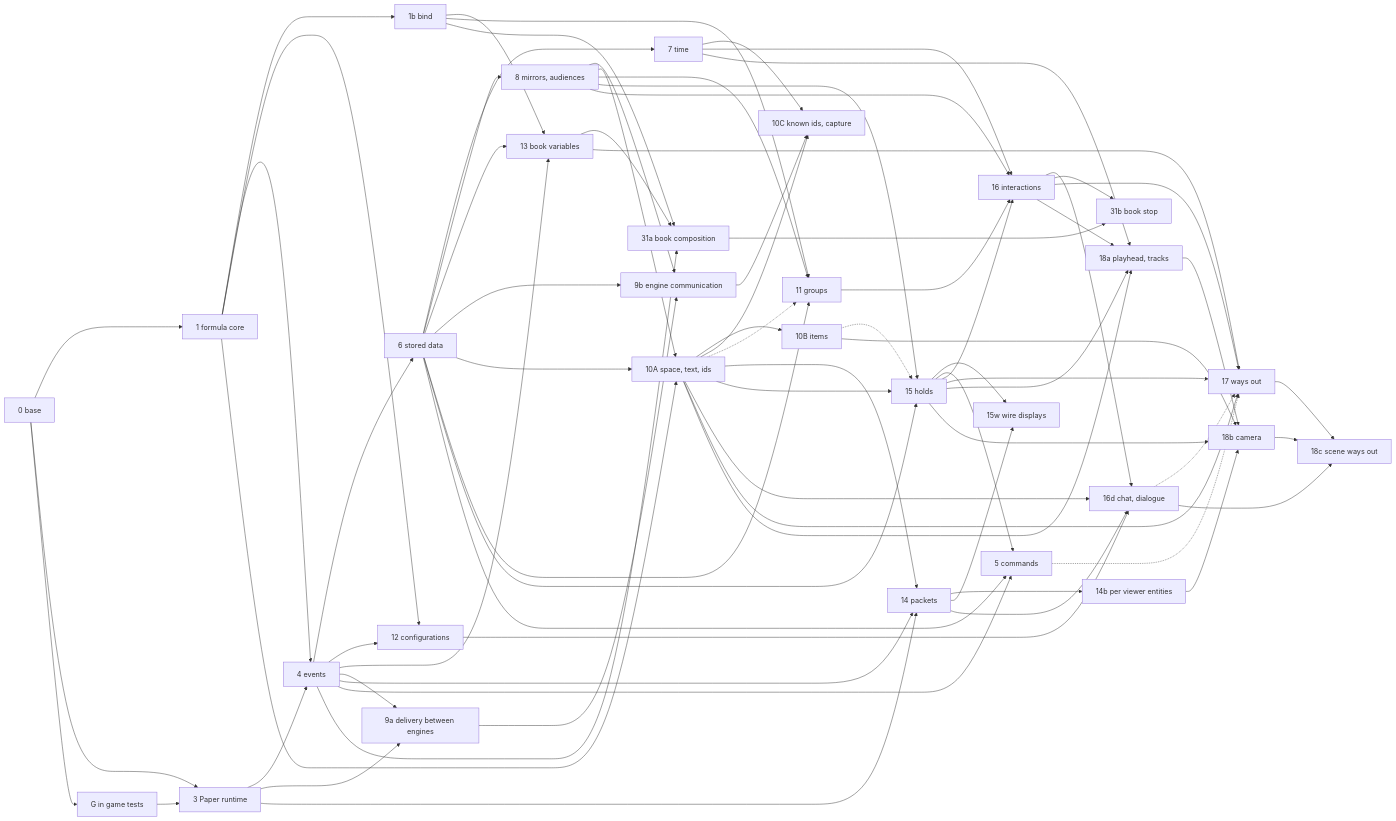
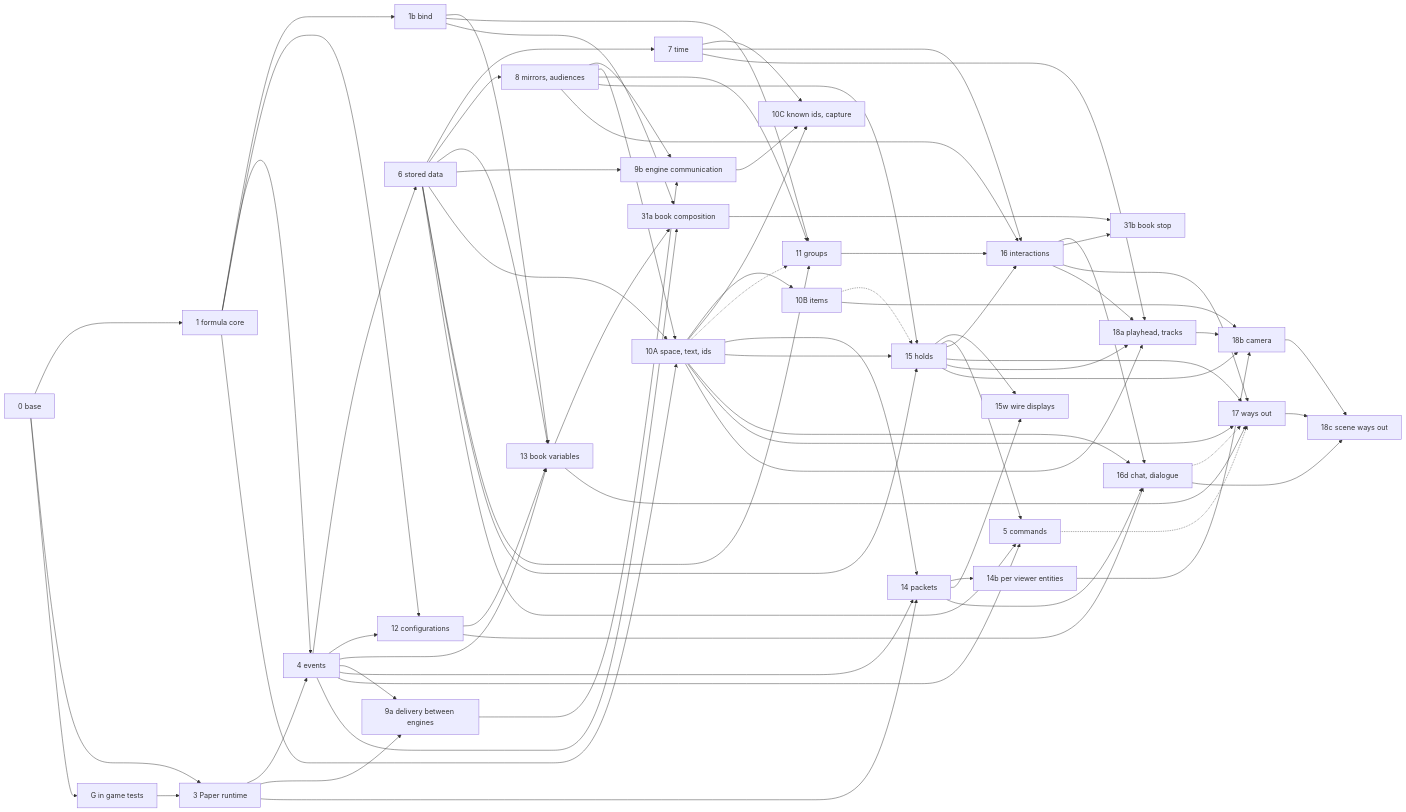
Before and after one commit to gabber235/Typewriter: the diagram in docs/design/build-graph.md, drawn with Mermaid. The commit also changed other lines of this file and 1 other file, not shown here.

````diff
--- a/docs/design/build-graph.md
+++ b/docs/design/build-graph.md
@@ -17,77 +17,78 @@
 ```mermaid
 graph LR
   L0[0 base] --> L1[1 formula core]
   L0 --> L3[3 Paper runtime]
   L0 --> G[G in game tests]
   G --> L3
   L1 --> L1b[1b bind]
   L1 --> L4[4 events]
   L3 --> L4
   L4 --> L6[6 stored data]
   L1 --> L12[12 configurations]
   L4 --> L12
   L6 --> L7[7 time]
   L6 --> L8[8 mirrors, audiences]
   L1b --> L13[13 book variables]
   L4 --> L13
   L6 --> L13
+  L12 --> L13
   L3 --> L9a[9a delivery between engines]
   L4 --> L9a
   L9a --> L9b[9b engine communication]
   L6 --> L9b
   L8 --> L9b
   L1 --> L10A[10A space, text, ids]
   L6 --> L10A
   L8 --> L10A
   L10A --> L10B[10B items]
   L7 --> L10C[10C known ids, capture]
   L9b --> L10C
   L10A --> L10C
   L1b --> L11[11 groups]
   L6 --> L11
   L8 --> L11
   L10A -.-> L11
   L3 --> L14[14 packets]
   L4 --> L14
   L10A --> L14
   L14 --> L14b[14b per viewer entities]
   L6 --> L15[15 holds]
   L8 --> L15
   L10A --> L15
   L10B -.-> L15
   L14 --> L15w[15w wire displays]
   L15 --> L15w
   L4 --> L5[5 commands]
   L6 --> L5
   L15 --> L5
   L7 --> L16[16 interactions]
   L8 --> L16
   L11 --> L16
   L15 --> L16
   L10A --> L16d[16d chat, dialogue]
   L12 --> L16d
   L14 --> L16d
   L16 --> L16d
   L1b --> L31a[31a book composition]
   L4 --> L31a
   L13 --> L31a
   L16 --> L31b[31b book stop]
   L31a --> L31b
   L5 -.-> L17[17 ways out]
   L10A --> L17
   L13 --> L17
   L15 --> L17
   L16 --> L17
   L16d -.-> L17
   L7 --> L18a[18a playhead, tracks]
   L10A --> L18a
   L15 --> L18a
   L16 --> L18a
   L10B --> L18b[18b camera]
   L14b --> L18b
   L15 --> L18b
   L18a --> L18b
   L16d --> L18c[18c scene ways out]
   L17 --> L18c
   L18b --> L18c
 ```
````
